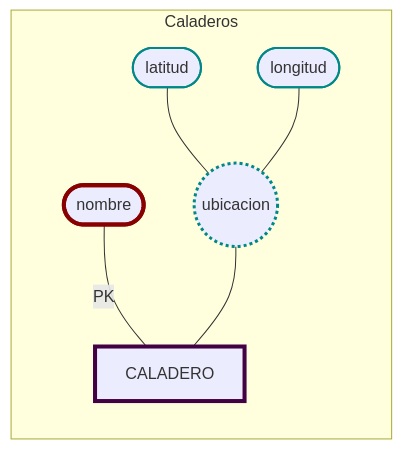
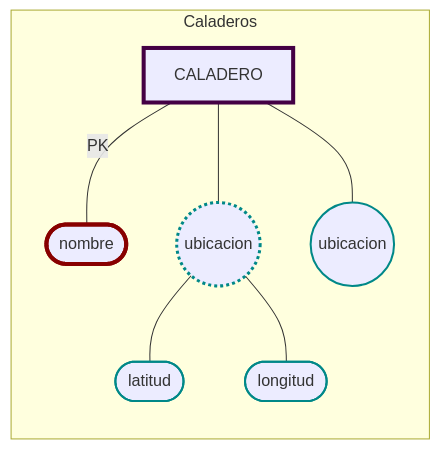
The fourth of 13 diagrams in DataBases/lonja_DB.md (JulTob/Data), drawn with Mermaid before and after one commit. The commit also changed other lines of this file, not shown here.

````diff
--- a/DataBases/lonja_DB.md
+++ b/DataBases/lonja_DB.md
@@ -169,18 +179,19 @@
 ```mermaid
 flowchart LR   
   classDef atributo stroke:#088,stroke-width:2px;
   classDef derivado stroke-width:3px, stroke-dasharray:3 3;
   classDef pk stroke:#800,stroke-width:4px;
   classDef entidad stroke:#404,stroke-width:4px;
 
   %% Atributos CALADERO
   subgraph Caladeros
     Caladero[CALADERO]:::entidad
-    nombre([nombre]):::pk ---|PK| Caladero
-    ubicacion((ubicacion)):::atributo --- Caladero
+    Caladero ---|PK| nombre([nombre]):::pk 
+    Caladero --- ubicacion((ubicacion)):::atributo 
+    Caladero --- extension((ubicacion)):::atributo 
       ubicacion:::derivado
-      latitud([latitud]):::atributo --- ubicacion
-      longitud([longitud]):::atributo --- ubicacion
+      ubicacion  --- latitud([latitud]):::atributo
+	  ubicacion  --- longitud([longitud]):::atributo 
 
     end
 ```
````
